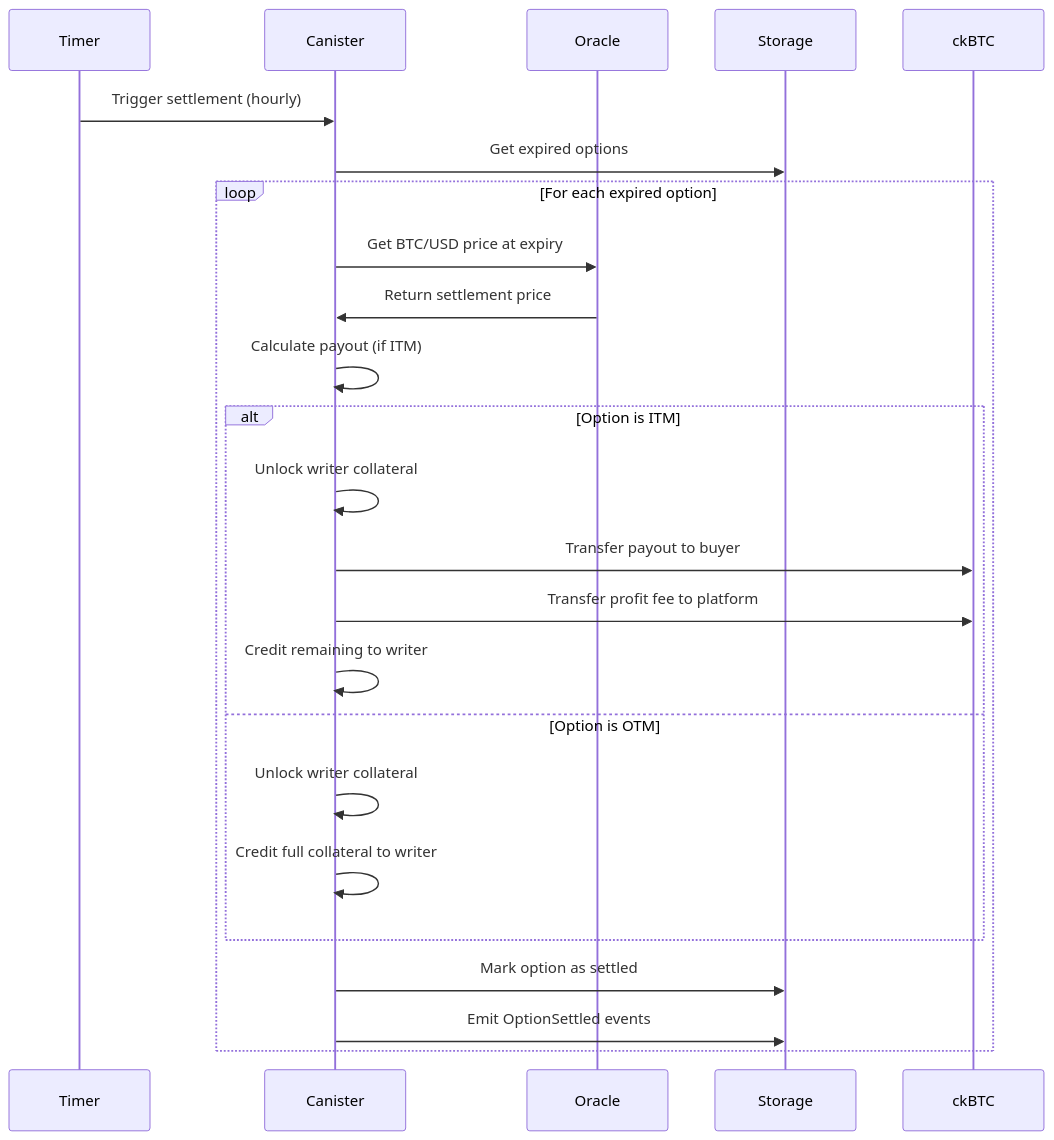
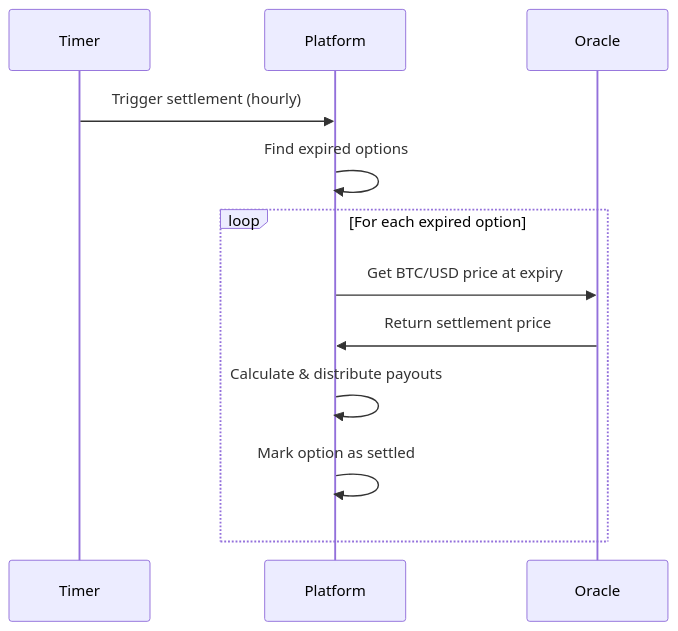
Before and after one commit to isometricfi/isometric-mono: the fourth of 4 diagrams in apps/docs/docs/architecture/overview.md, drawn with Mermaid. The commit also changed other lines of this file and 9 other files, not shown here.

````diff
--- a/apps/docs/docs/architecture/overview.md
+++ b/apps/docs/docs/architecture/overview.md
@@ -145,27 +134,15 @@
 ```mermaid
 sequenceDiagram
     participant Timer
-    participant Canister
+    participant Platform
     participant Oracle
-    participant Storage
-    participant ckBTC
     
-    Timer->>Canister: Trigger settlement (hourly)
-    Canister->>Storage: Get expired options
+    Timer->>Platform: Trigger settlement (hourly)
+    Platform->>Platform: Find expired options
     loop For each expired option
-        Canister->>Oracle: Get BTC/USD price at expiry
-        Oracle->>Canister: Return settlement price
-        Canister->>Canister: Calculate payout (if ITM)
-        alt Option is ITM
-            Canister->>Canister: Unlock writer collateral
-            Canister->>ckBTC: Transfer payout to buyer
-            Canister->>ckBTC: Transfer profit fee to platform
-            Canister->>Canister: Credit remaining to writer
-        else Option is OTM
-            Canister->>Canister: Unlock writer collateral
-            Canister->>Canister: Credit full collateral to writer
-        end
-        Canister->>Storage: Mark option as settled
-        Canister->>Storage: Emit OptionSettled events
+        Platform->>Oracle: Get BTC/USD price at expiry
+        Oracle->>Platform: Return settlement price
+        Platform->>Platform: Calculate & distribute payouts
+        Platform->>Platform: Mark option as settled
     end
 ```
````
